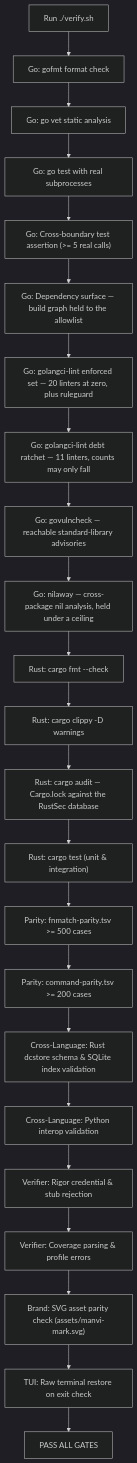
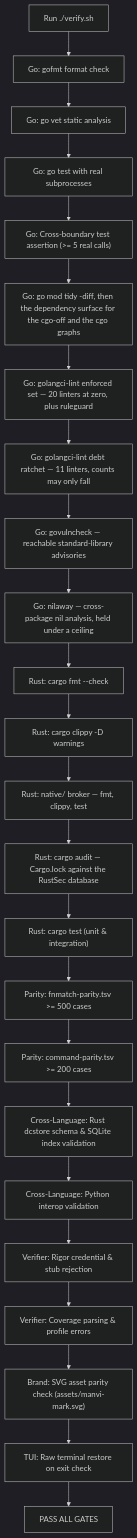
One commit to bharathvbcr/Manvi changed the fourth of 4 diagrams in docs/VERIFICATION_AND_PARITY.md. Above: the diagram before and after it, drawn with Mermaid (dark theme). The commit also changed other lines of this file and 10 other files, not shown here.

````diff
--- a/docs/VERIFICATION_AND_PARITY.md
+++ b/docs/VERIFICATION_AND_PARITY.md
@@ -90,31 +90,32 @@
 ```mermaid
 flowchart TD
     Start["Run ./verify.sh"] --> G1["Go: gofmt format check"]
     G1 --> G2["Go: go vet static analysis"]
     G2 --> G3["Go: go test with real subprocesses"]
     G3 --> G4["Go: Cross-boundary test assertion (>= 5 real calls)"]
-    G4 --> G5["Go: Dependency surface — build graph held to the allowlist"]
+    G4 --> G5["Go: go mod tidy -diff, then the dependency surface for the cgo-off and the cgo graphs"]
     G5 --> G6["Go: golangci-lint enforced set — 20 linters at zero, plus ruleguard"]
     G6 --> G7["Go: golangci-lint debt ratchet — 11 linters, counts may only fall"]
     G7 --> G8["Go: govulncheck — reachable standard-library advisories"]
     G8 --> G9["Go: nilaway — cross-package nil analysis, held under a ceiling"]
 
     G9 --> R1["Rust: cargo fmt --check"]
     R1 --> R2["Rust: cargo clippy -D warnings"]
-    R2 --> R2a["Rust: cargo audit — Cargo.lock against the RustSec database"]
+    R2 --> R2n["Rust: native/ broker — fmt, clippy, test"]
+    R2n --> R2a["Rust: cargo audit — Cargo.lock against the RustSec database"]
     R2a --> R3["Rust: cargo test (unit & integration)"]
     
     R3 --> P1["Parity: fnmatch-parity.tsv >= 500 cases"]
     P1 --> P2["Parity: command-parity.tsv >= 200 cases"]
     
     P2 --> X1["Cross-Language: Rust dcstore schema & SQLite index validation"]
     X1 --> X2["Cross-Language: Python interop validation"]
     
     X2 --> V1["Verifier: Rigor credential & stub rejection"]
     V1 --> V2["Verifier: Coverage parsing & profile errors"]
     
     V2 --> M1["Brand: SVG asset parity check (assets/manvi-mark.svg)"]
     M1 --> T1["TUI: Raw terminal restore on exit check"]
     
     T1 --> Finish["PASS ALL GATES"]
 ```
````
